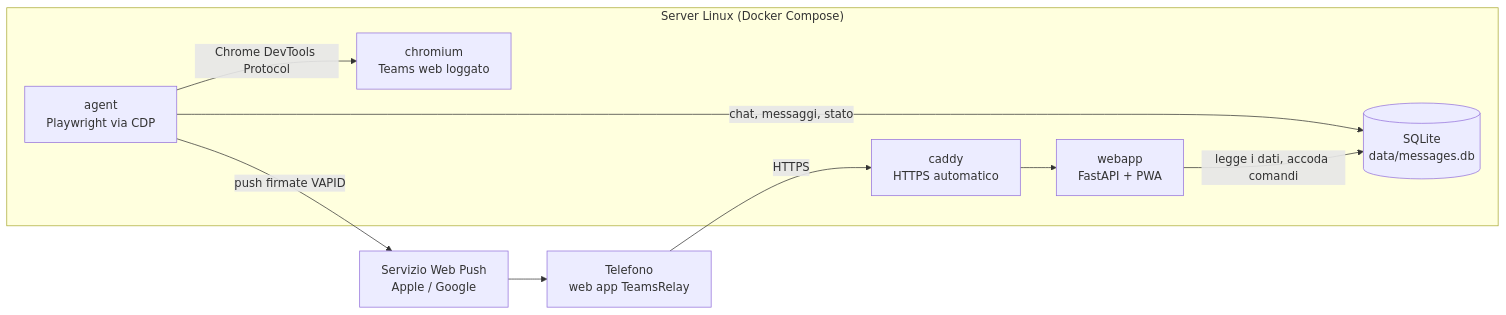
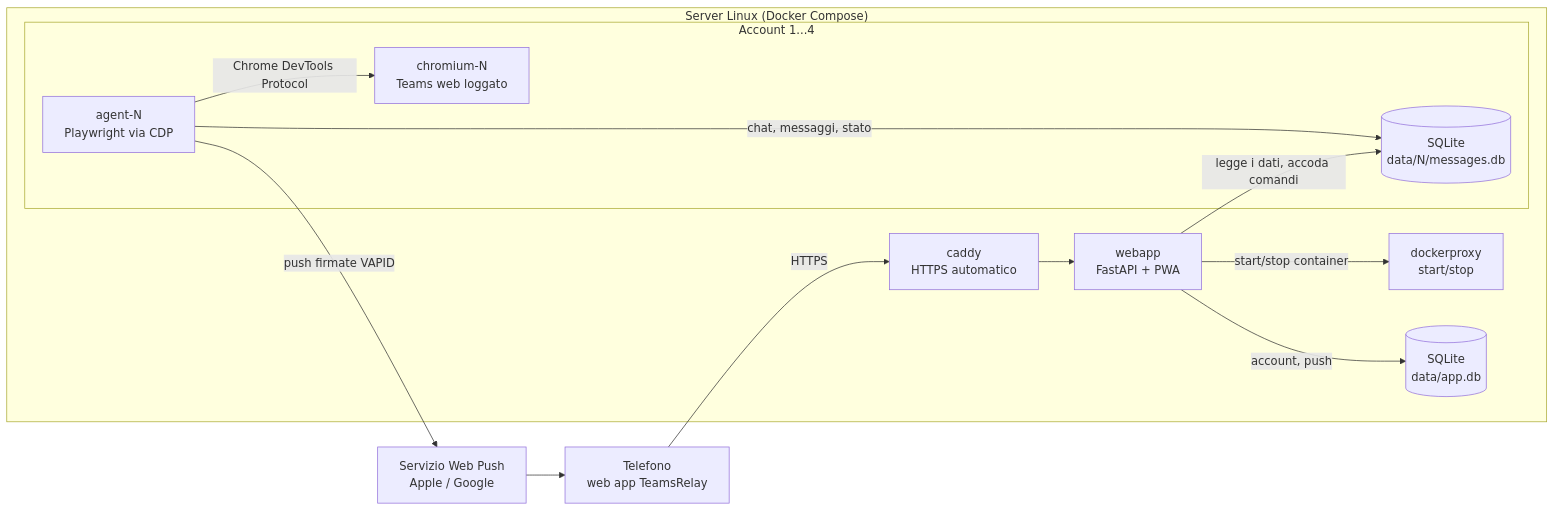
Before and after one commit to Aptul9/teamsrelay: the diagram in docs/guida/introduzione.md, drawn with Mermaid. The commit also changed other lines of this file and 25 other files, not shown here.

First line of the commit message:
feat(accounts): up to four Teams accounts with an in-app switcher

````diff
--- a/docs/guida/introduzione.md
+++ b/docs/guida/introduzione.md
@@ -27,19 +30,25 @@
 ```mermaid
 flowchart LR
   subgraph Server["Server Linux (Docker Compose)"]
-    CH["chromium<br/>Teams web loggato"]
-    AG["agent<br/>Playwright via CDP"]
-    DB[("SQLite<br/>data/messages.db")]
+    subgraph Account["Account 1...4"]
+      CH["chromium-N<br/>Teams web loggato"]
+      AG["agent-N<br/>Playwright via CDP"]
+      DB[(SQLite<br/>data/N/messages.db)]
+    end
     WA["webapp<br/>FastAPI + PWA"]
+    DP["dockerproxy<br/>start/stop"]
+    APP[("SQLite<br/>data/app.db")]
     CA["caddy<br/>HTTPS automatico"]
   end
   PH["Telefono<br/>web app TeamsRelay"]
   WP["Servizio Web Push<br/>Apple / Google"]
 
   AG -- "Chrome DevTools Protocol" --> CH
   AG -- "chat, messaggi, stato" --> DB
   WA -- "legge i dati, accoda comandi" --> DB
+  WA -- "start/stop container" --> DP
+  WA -- "account, push" --> APP
   CA --> WA
   PH -- HTTPS --> CA
   AG -- "push firmate VAPID" --> WP --> PH
 ```
````
